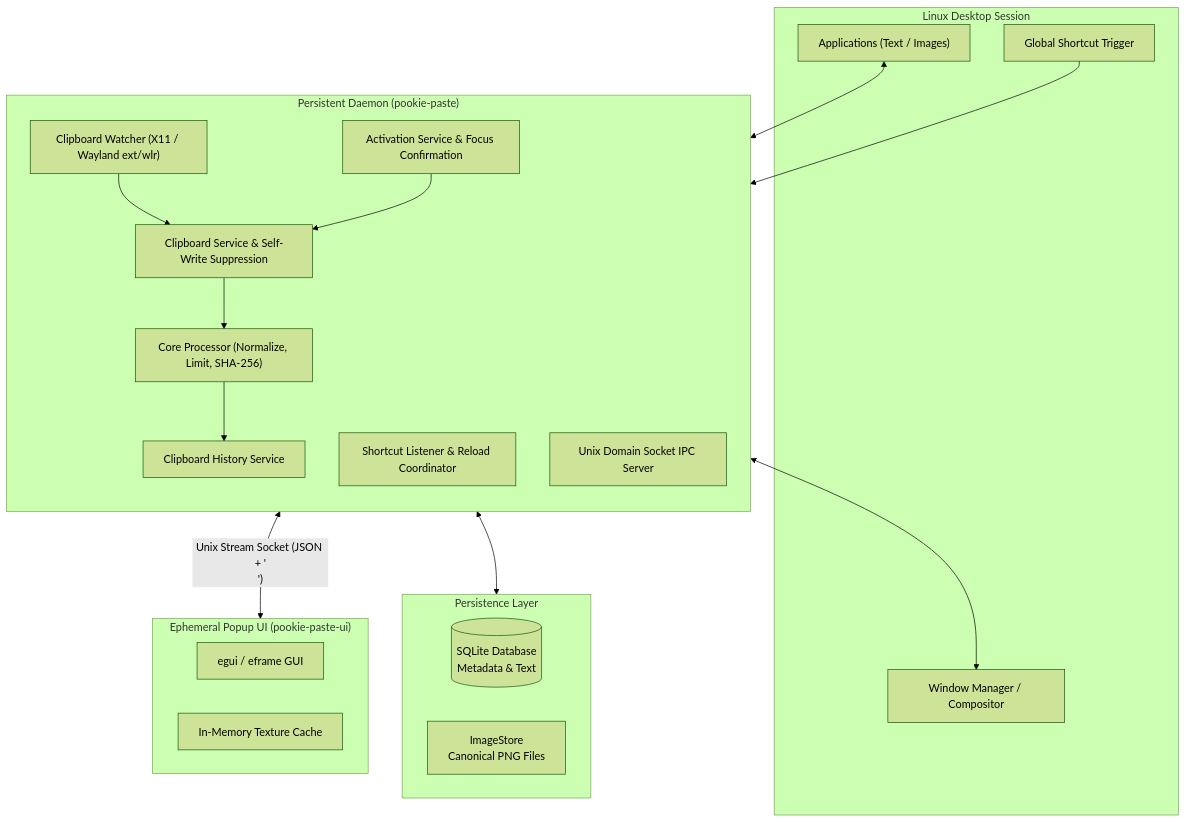
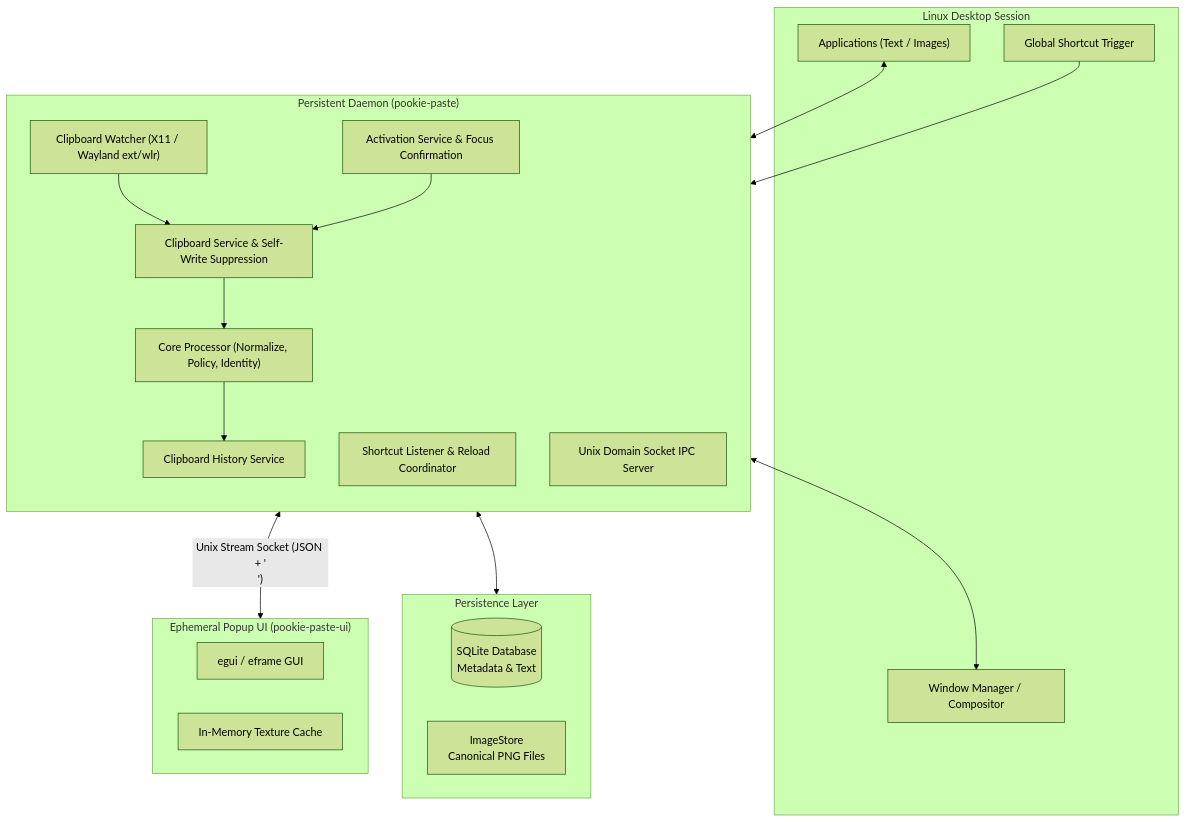
One commit to riyanj220/pookie-paste changed the diagram in docs/ARCHITECTURE.md. Above: the diagram before and after it, drawn with Mermaid (forest theme). The commit also changed other lines of this file and 1 other file, not shown here.

Commit message:
docs: align top-level architecture with current design

````diff
--- a/docs/ARCHITECTURE.md
+++ b/docs/ARCHITECTURE.md
@@ -13,40 +13,40 @@
 ```mermaid
 flowchart TD
     subgraph Desktop["Linux Desktop Session"]
         Apps["Applications (Text / Images)"]
         Hotkey["Global Shortcut Trigger"]
         Compositor["Window Manager / Compositor"]
     end
 
     subgraph Daemon["Persistent Daemon (pookie-paste)"]
         direction TB
         Watcher["Clipboard Watcher (X11 / Wayland ext/wlr)"]
         ClipboardSvc["Clipboard Service & Self-Write Suppression"]
-        Processor["Core Processor (Normalize, Limit, SHA-256)"]
+        Processor["Core Processor (Normalize, Policy, Identity)"]
         HistorySvc["Clipboard History Service"]
         ActivationSvc["Activation Service & Focus Confirmation"]
         ShortcutSvc["Shortcut Listener & Reload Coordinator"]
         IPCServer["Unix Domain Socket IPC Server"]
 
         Watcher --> ClipboardSvc
         ClipboardSvc --> Processor
         Processor --> HistorySvc
         ActivationSvc --> ClipboardSvc
     end
 
     subgraph Storage["Persistence Layer"]
         SQLite[("SQLite Database<br/>Metadata & Text")]
         ImageStore["ImageStore<br/>Canonical PNG Files"]
     end
 
     subgraph UI["Ephemeral Popup UI (pookie-paste-ui)"]
         Eframe["egui / eframe GUI"]
         Thumbnails["In-Memory Texture Cache"]
     end
 
     Apps <--> Watcher
     Hotkey --> Daemon
     Daemon <--> Compositor
     HistorySvc <--> Storage
     Daemon <-->|"Unix Stream Socket (JSON + '\n')"| UI
 ```
````
